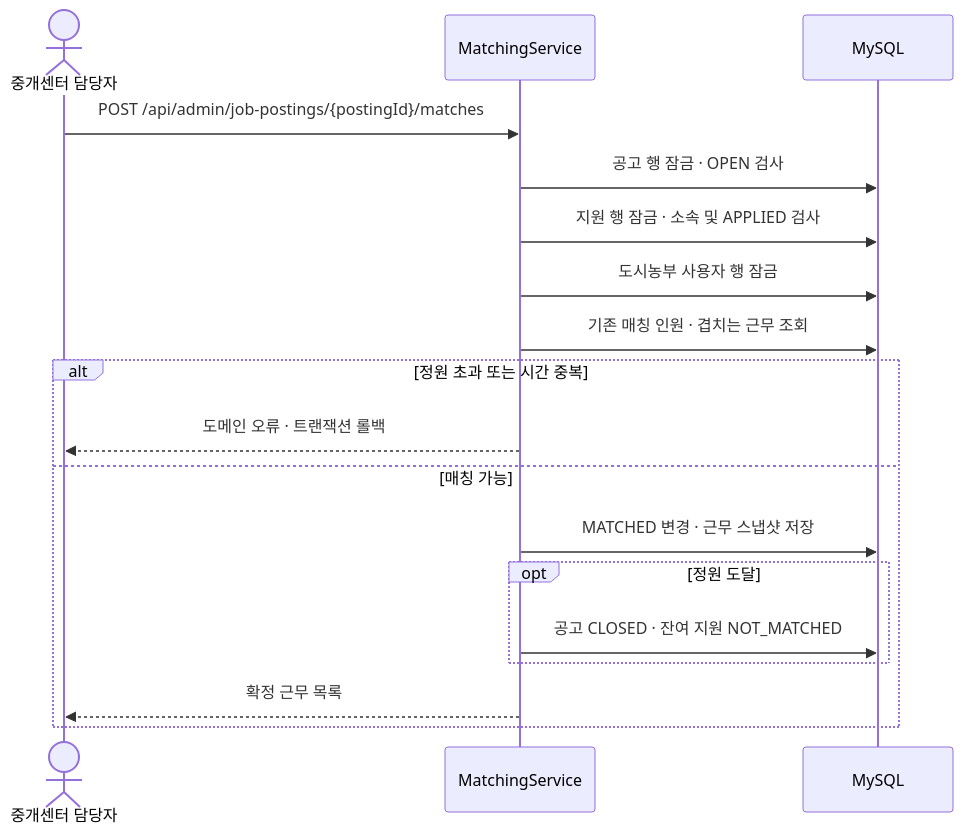
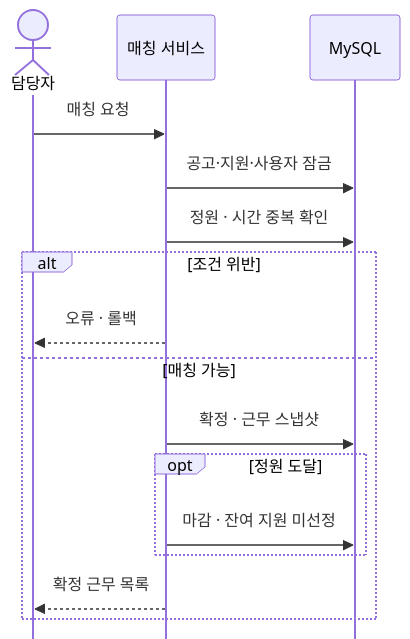
One commit to ParkChanWoo0321/CityFarmerPlus_BE changed the second of 7 diagrams in README.md. Above: the diagram before and after it, drawn with Mermaid. The commit also changed other lines of this file, not shown here.

Commit message:
백엔드 포트폴리오 구성과 Mermaid 가독성 개선

````diff
--- a/README.md
+++ b/README.md
@@ -136,20 +76,19 @@
 ```mermaid
+%%{init: {"sequence": {"actorMargin": 16, "width": 90, "diagramMarginX": 8, "mirrorActors": false}}}%%
 sequenceDiagram
-    actor admin as 중개센터 담당자
-    participant matching as MatchingService
+    actor admin as 담당자
+    participant service as 매칭 서비스
     participant db as MySQL
-    admin->>matching: POST /api/admin/job-postings/{postingId}/matches
-    matching->>db: 공고 행 잠금 · OPEN 검사
-    matching->>db: 지원 행 잠금 · 소속 및 APPLIED 검사
-    matching->>db: 도시농부 사용자 행 잠금
-    matching->>db: 기존 매칭 인원 · 겹치는 근무 조회
-    alt 정원 초과 또는 시간 중복
-        matching-->>admin: 도메인 오류 · 트랜잭션 롤백
+    admin->>service: 매칭 요청
+    service->>db: 공고·지원·사용자 잠금
+    service->>db: 정원 · 시간 중복 확인
+    alt 조건 위반
+        service-->>admin: 오류 · 롤백
     else 매칭 가능
-        matching->>db: MATCHED 변경 · 근무 스냅샷 저장
+        service->>db: 확정 · 근무 스냅샷
         opt 정원 도달
-            matching->>db: 공고 CLOSED · 잔여 지원 NOT_MATCHED
+            service->>db: 마감 · 잔여 지원 미선정
         end
-        matching-->>admin: 확정 근무 목록
+        service-->>admin: 확정 근무 목록
     end
 ```
````
